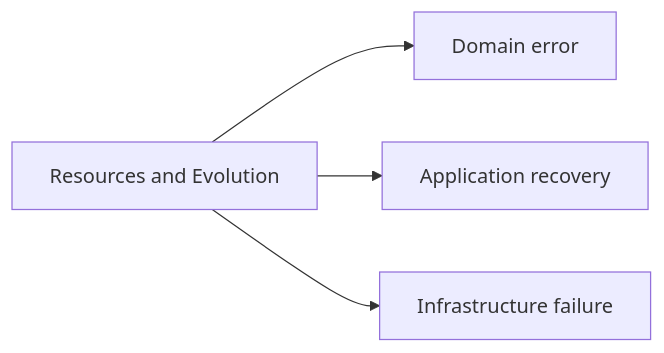
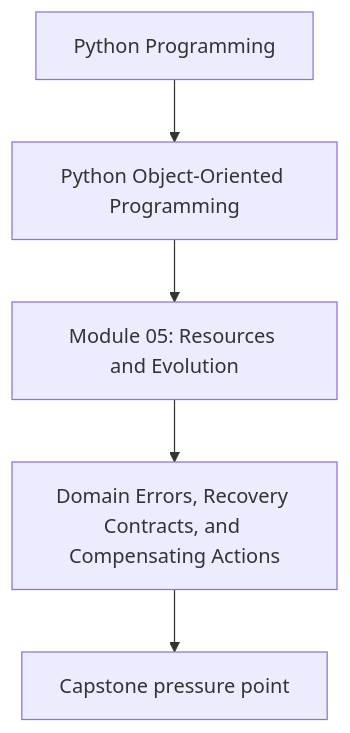
One commit to bijux/bijux-masterclass changed the first of 2 diagrams in programs/python-programming/python-object-oriented-programming/course-book/module-05-resources-and-evolution/domain-errors-recovery-contracts-and-compensating-actions.md. Above: the diagram before and after it, drawn with Mermaid. The commit also changed other lines of this file and 107 other files, not shown here.

Commit message:
docs(python-object-oriented-programming): align concept page diagrams

````diff
--- a/programs/python-programming/python-object-oriented-programming/course-book/module-05-resources-and-evolution/domain-errors-recovery-contracts-and-compensating-actions.md
+++ b/programs/python-programming/python-object-oriented-programming/course-book/module-05-resources-and-evolution/domain-errors-recovery-contracts-and-compensating-actions.md
@@ -7,11 +7,7 @@
 ```mermaid
-graph LR
-  module["Resources and Evolution"]
-  domain["Domain error"]
-  app["Application recovery"]
-  infra["Infrastructure failure"]
-
-  module --> domain
-  module --> app
-  module --> infra
+flowchart TD
+  family["Python Programming"] --> program["Python Object-Oriented Programming"]
+  program --> module["Module 05: Resources and Evolution"]
+  module --> concept["Domain Errors, Recovery Contracts, and Compensating Actions"]
+  concept --> capstone["Capstone pressure point"]
 ```
````
